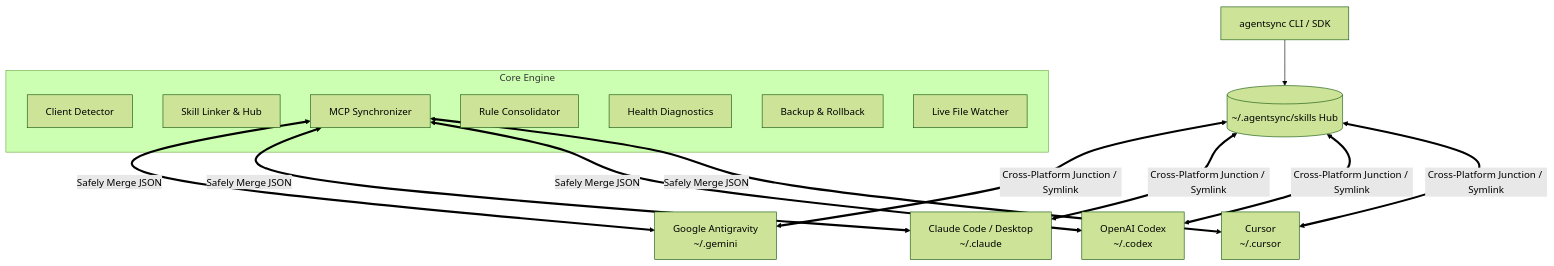
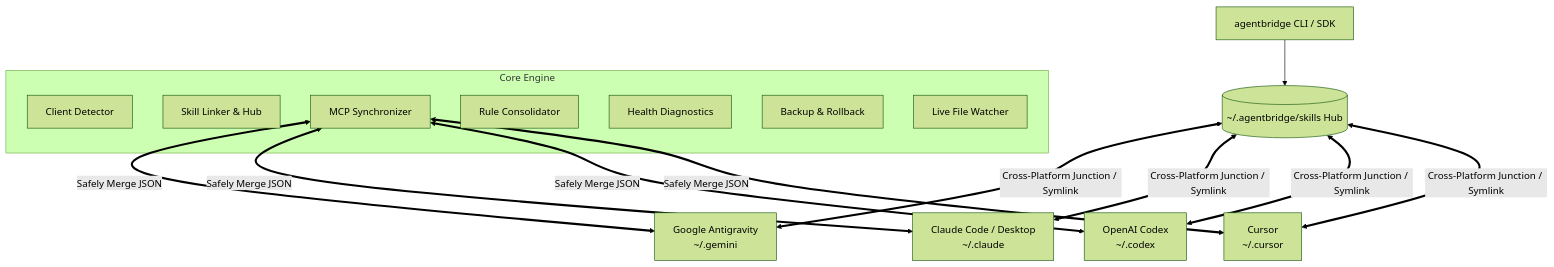
The diagram in README.md (Helter5/agentbridge), drawn with Mermaid (forest theme) before and after one commit. The commit also changed other lines of this file and 27 other files, not shown here.

````diff
--- a/README.md
+++ b/README.md
@@ -34,24 +34,24 @@
 ```mermaid
 flowchart TD
-    CLI[agentsync CLI / SDK] --> Hub[(~/.agentsync/skills Hub)]
+    CLI[agentbridge CLI / SDK] --> Hub[(~/.agentbridge/skills Hub)]
     
     subgraph Core Engine
         Detector[Client Detector]
         SkillLinker[Skill Linker & Hub]
         MCPSync[MCP Synchronizer]
         Rules[Rule Consolidator]
         Doctor[Health Diagnostics]
         Rollback[Backup & Rollback]
         Watcher[Live File Watcher]
     end
     
     Hub <== "Cross-Platform Junction / Symlink" ==> G[Google Antigravity<br/>~/.gemini]
     Hub <== "Cross-Platform Junction / Symlink" ==> C[Claude Code / Desktop<br/>~/.claude]
     Hub <== "Cross-Platform Junction / Symlink" ==> O[OpenAI Codex<br/>~/.codex]
     Hub <== "Cross-Platform Junction / Symlink" ==> U[Cursor<br/>~/.cursor]
     
     MCPSync <== "Safely Merge JSON" ==> G
     MCPSync <== "Safely Merge JSON" ==> C
     MCPSync <== "Safely Merge JSON" ==> O
     MCPSync <== "Safely Merge JSON" ==> U
 ```
````
